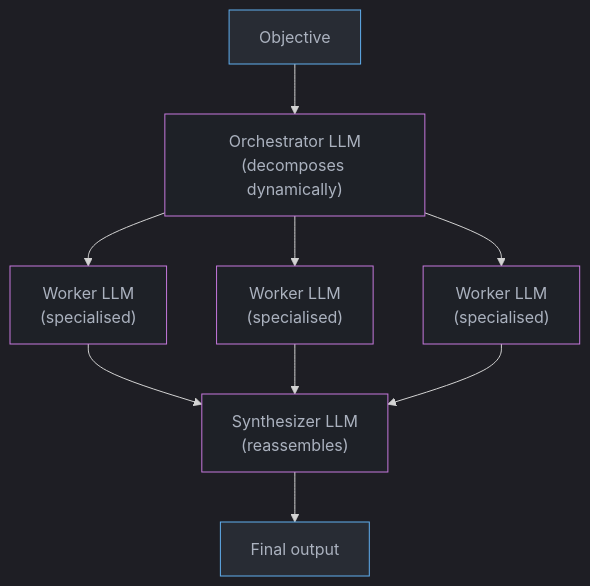
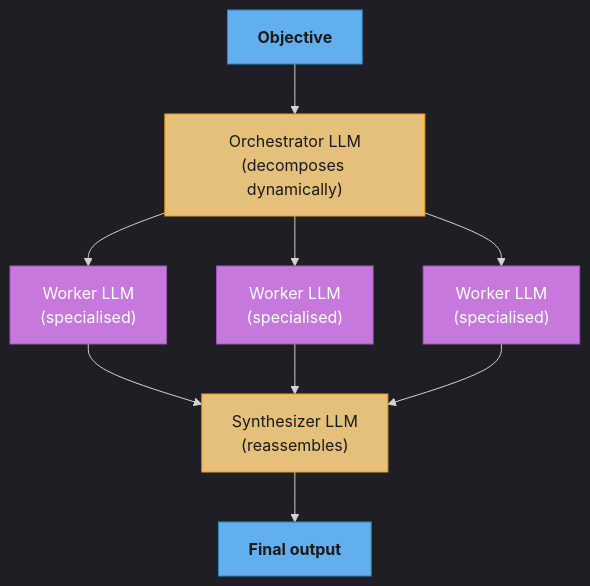
The fifth of 7 diagrams in src/main/java/com/rutik/systemdesign/llm/agentic_workflow_patterns/README.md (rppol/system-design), drawn with Mermaid before and after one commit. The commit also changed other lines of this file and 88 other files, not shown here.

````diff
--- a/src/main/java/com/rutik/systemdesign/llm/agentic_workflow_patterns/README.md
+++ b/src/main/java/com/rutik/systemdesign/llm/agentic_workflow_patterns/README.md
@@ -525,20 +540,25 @@
 ```mermaid
 %%{init: {'flowchart': {'curve': 'basis'}, 'theme': 'dark'}}%%
 flowchart TD
-    classDef io   fill:#282c34,stroke:#61afef,color:#abb2bf
-    classDef llm  fill:#1e2127,stroke:#c678dd,color:#abb2bf
-    classDef proc fill:#1e2127,stroke:#98c379,color:#abb2bf
+    classDef io      fill:#61afef,stroke:#2e86c1,color:#1a1a1a,font-weight:bold
+    classDef frozen  fill:#c678dd,stroke:#9b59b6,color:#fff
+    classDef train   fill:#98c379,stroke:#27ae60,color:#1a1a1a
+    classDef mathOp  fill:#d19a66,stroke:#e67e22,color:#1a1a1a,font-weight:bold
+    classDef lossN   fill:#e06c75,stroke:#c0392b,color:#fff,font-weight:bold
+    classDef req     fill:#56b6c2,stroke:#0097a7,color:#1a1a1a
+    classDef base    fill:#e5c07b,stroke:#f39c12,color:#1a1a1a
 
     OBJ["Objective"]
     ORCH["Orchestrator LLM\n(decomposes dynamically)"]
     W1["Worker LLM\n(specialised)"] & W2["Worker LLM\n(specialised)"] & W3["Worker LLM\n(specialised)"]
     SYNTH["Synthesizer LLM\n(reassembles)"]
     FINAL["Final output"]
 
     OBJ --> ORCH
     ORCH --> W1 & W2 & W3
     W1 & W2 & W3 --> SYNTH --> FINAL
 
     class OBJ,FINAL io
-    class ORCH,SYNTH,W1,W2,W3 llm
+    class ORCH,SYNTH base
+    class W1,W2,W3 frozen
 ```
````
